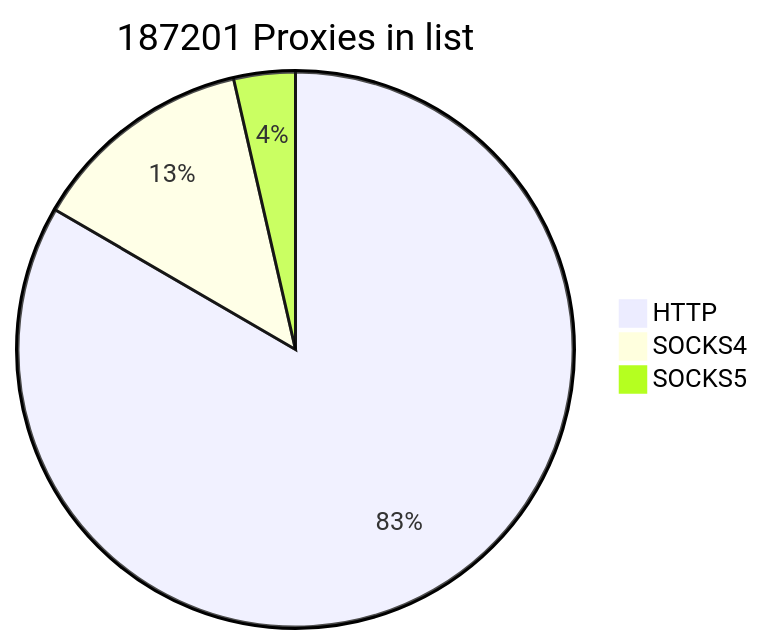
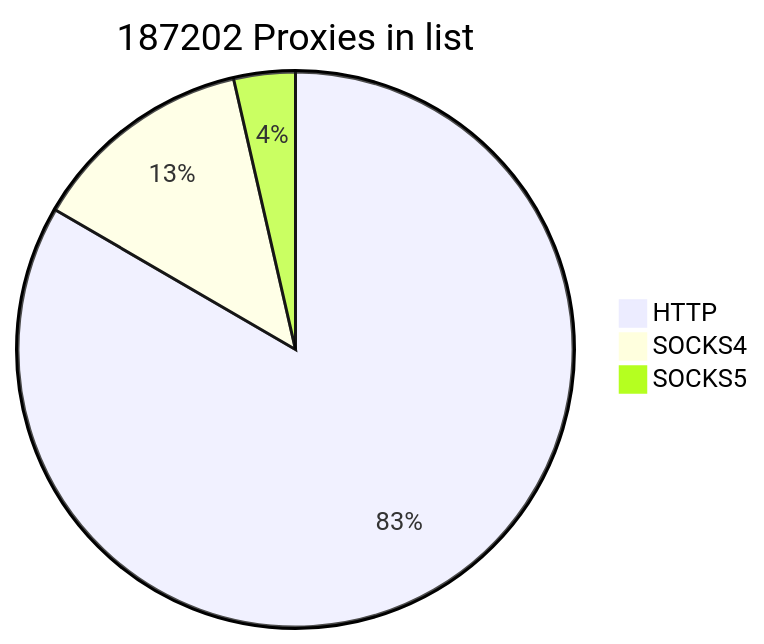
One commit to cutipu/proxylist changed the first of 2 diagrams in README.md. Above: the diagram before and after it, drawn with Mermaid. The commit also changed other lines of this file, not shown here.

````diff
--- a/README.md
+++ b/README.md
@@ -2,7 +2,7 @@
 ```mermaid
-pie title 187201 Proxies in list
+pie title 187202 Proxies in list
     "HTTP" : 156097
-    "SOCKS4" : 24402
+    "SOCKS4" : 24403
     "SOCKS5" : 6702
             
 ```
````
